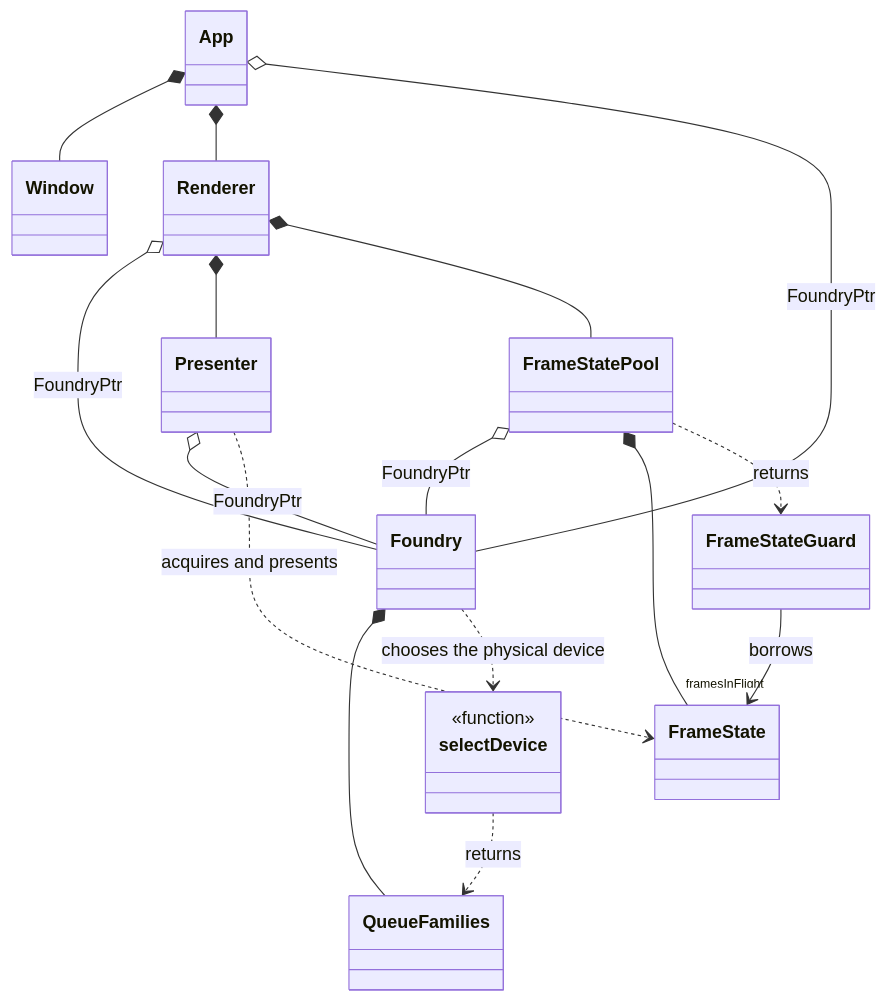
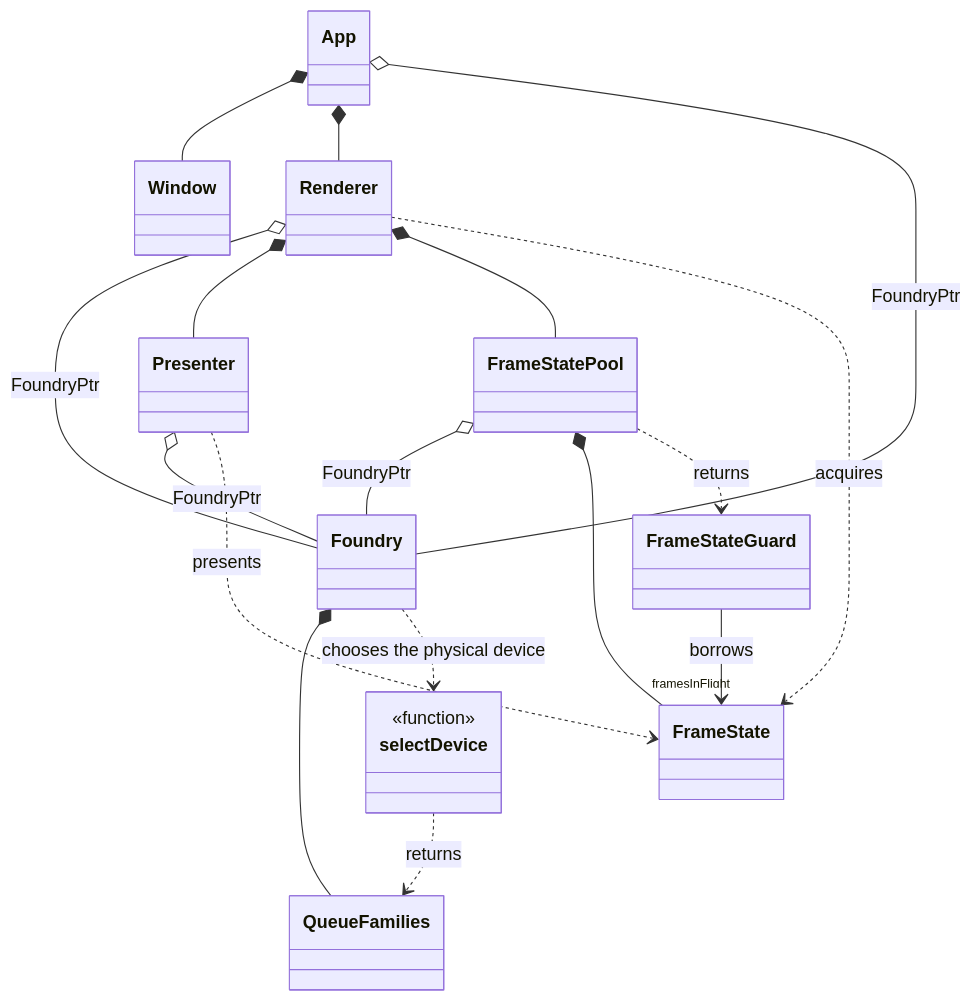
The first of 2 diagrams in README.md (creijon/spock), drawn with Mermaid before and after one commit.

Commit message:
README.md: minor edit

````diff
--- a/README.md
+++ b/README.md
@@ -30,51 +30,52 @@
 ```mermaid
 classDiagram
     direction TB
 
     class App {
     }
 
     class Window {
     }
 
     class Foundry {
     }
 
     class selectDevice {
         <<function>>
     }
 
     class QueueFamilies {
     }
 
     class Renderer {
     }
 
     class Presenter {
     }
 
     class FrameStatePool {
     }
 
     class FrameStateGuard {
     }
 
     class FrameState {
     }
 
     App *-- Window
     App *-- Renderer
     App o-- Foundry : FoundryPtr
     Foundry *-- QueueFamilies
     Foundry ..> selectDevice : chooses the physical device
     selectDevice ..> QueueFamilies : returns
     Renderer o-- Foundry : FoundryPtr
     Renderer *-- Presenter
     Renderer *-- FrameStatePool
     Presenter o-- Foundry : FoundryPtr
     FrameStatePool o-- Foundry : FoundryPtr
     FrameStatePool *-- "framesInFlight" FrameState
     FrameStatePool ..> FrameStateGuard : returns
     FrameStateGuard --> FrameState : borrows
-    Presenter ..> FrameState : acquires and presents
+    Renderer ..> FrameState : acquires
+    Presenter ..> FrameState : presents
 ```
````
